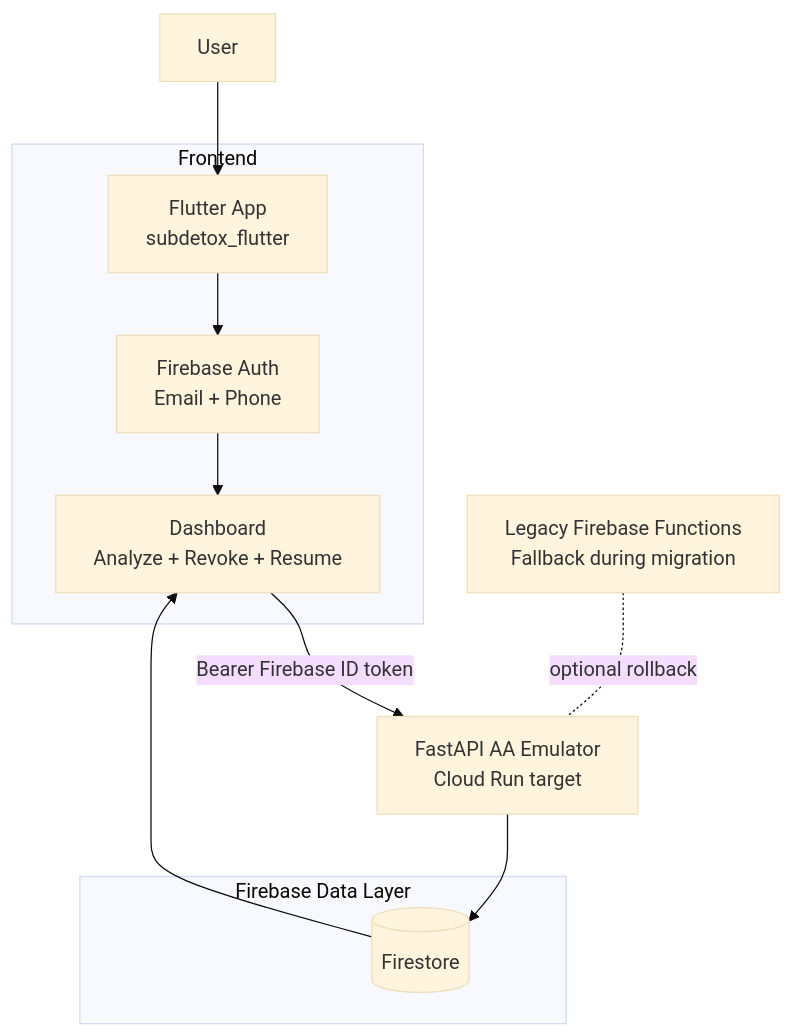
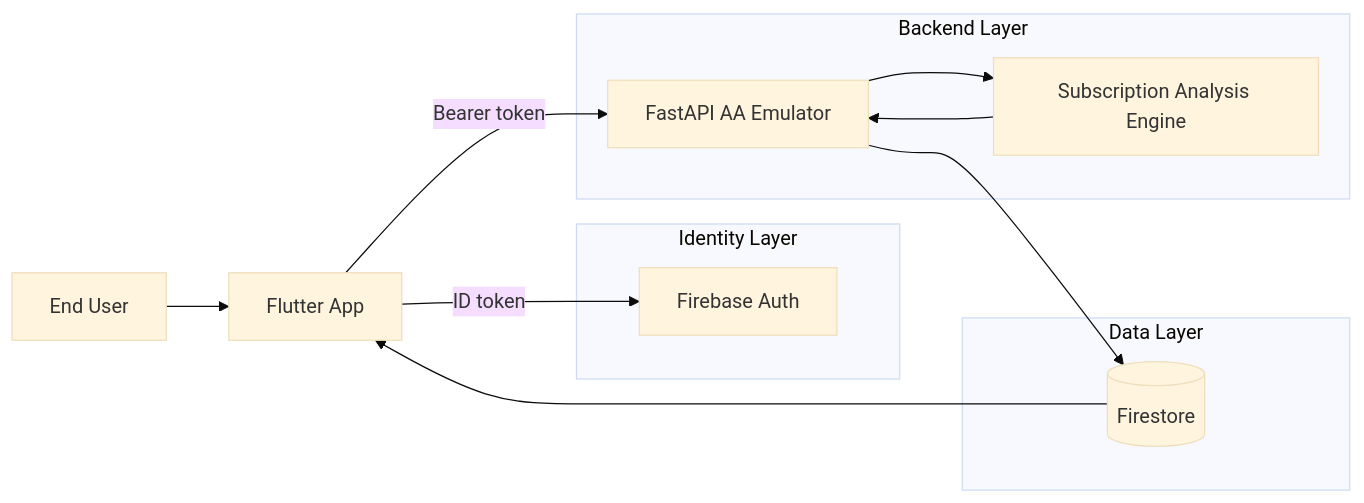
One commit to amaansyed27/sub-detox changed the first of 2 diagrams in README.md. Above: the diagram before and after it, drawn with Mermaid (base theme). The commit also changed other lines of this file and 1 other file, not shown here.

Commit message:
docs: rewrite README architecture view and add end-user feature guide

````diff
--- a/README.md
+++ b/README.md
@@ -12,21 +23,24 @@
 ```mermaid
-flowchart TD
-    U[User] --> F[Flutter App\nsubdetox_flutter]
+flowchart LR
+    User[End User] --> App[Flutter App]
 
-    subgraph FE[Frontend]
-      A[Firebase Auth\nEmail + Phone]
-      D[Dashboard\nAnalyze + Revoke + Resume]
-      F --> A --> D
+    subgraph Identity[Identity Layer]
+      Auth[Firebase Auth]
     end
 
-    D -->|Bearer Firebase ID token| API[FastAPI AA Emulator\nCloud Run target]
-
-    subgraph DATA[Firebase Data Layer]
-      DB[(Firestore)]
+    subgraph Service[Backend Layer]
+      API[FastAPI AA Emulator]
+      Engine[Subscription Analysis Engine]
     end
 
-    API --> DB
-    DB --> D
+    subgraph Data[Data Layer]
+      Store[(Firestore)]
+    end
 
-    FB[Legacy Firebase Functions\nFallback during migration] -.optional rollback.- API
+    App -->|ID token| Auth
+    App -->|Bearer token| API
+    API --> Engine
+    Engine --> API
+    API --> Store
+    Store --> App
 ```
````
